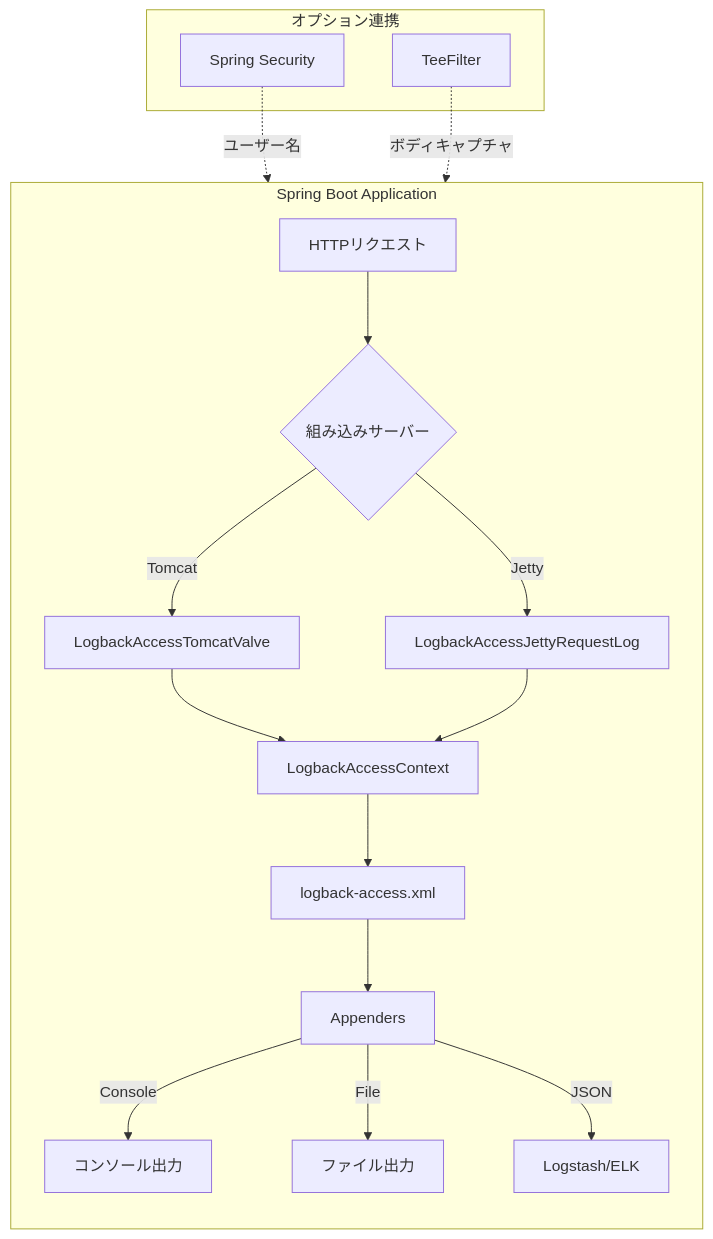
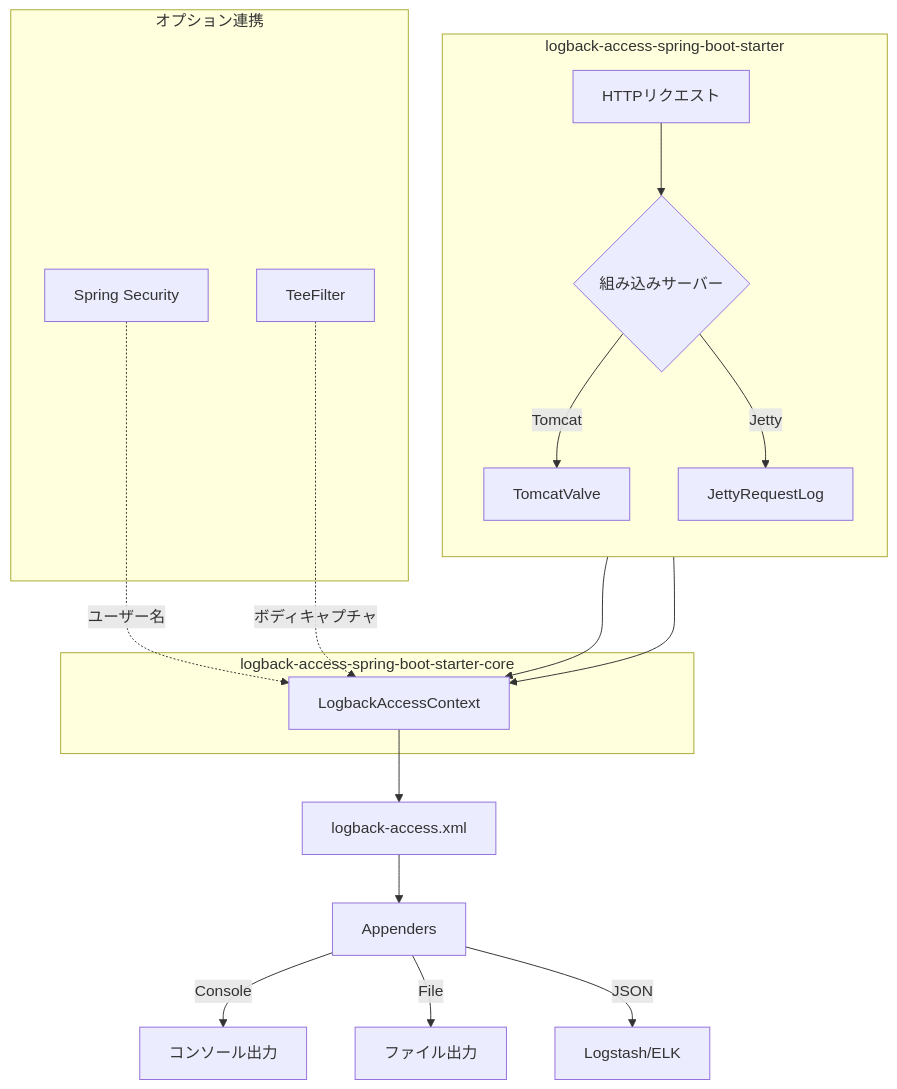
The diagram in docs/ja/index.md (seijikohara/logback-access-spring-boot-starter), drawn with Mermaid before and after one commit. The commit also changed other lines of this file and 38 other files, not shown here.

First line of the commit message:
refactor: split into core and starter modules with docs update (#7)

````diff
--- a/docs/ja/index.md
+++ b/docs/ja/index.md
@@ -44,21 +44,26 @@
 ```mermaid
 flowchart TB
-    subgraph Spring Boot Application
+    subgraph starter["logback-access-spring-boot-starter"]
         direction TB
         A[HTTPリクエスト] --> B{組み込みサーバー}
-        B -->|Tomcat| C[LogbackAccessTomcatValve]
-        B -->|Jetty| D[LogbackAccessJettyRequestLog]
-        C --> E[LogbackAccessContext]
-        D --> E
-        E --> F[logback-access.xml]
-        F --> G[Appenders]
-        G -->|Console| H[コンソール出力]
-        G -->|File| I[ファイル出力]
-        G -->|JSON| J[Logstash/ELK]
+        B -->|Tomcat| C[TomcatValve]
+        B -->|Jetty| D[JettyRequestLog]
     end
 
-    subgraph オプション連携
+    subgraph core["logback-access-spring-boot-starter-core"]
+        E[LogbackAccessContext]
+    end
+
+    C --> E
+    D --> E
+    E --> F[logback-access.xml]
+    F --> G[Appenders]
+    G -->|Console| H[コンソール出力]
+    G -->|File| I[ファイル出力]
+    G -->|JSON| J[Logstash/ELK]
+
+    subgraph optional["オプション連携"]
         K[Spring Security] -.->|ユーザー名| E
         L[TeeFilter] -.->|ボディキャプチャ| E
     end
 ```
````
